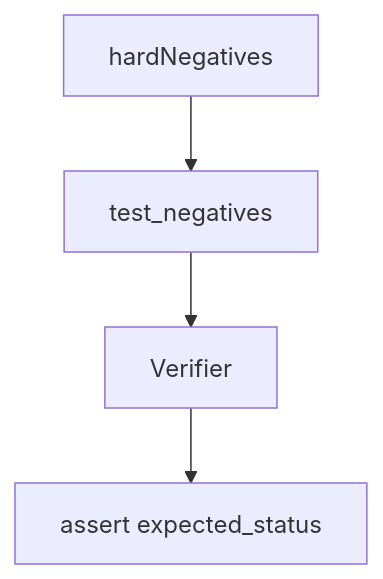
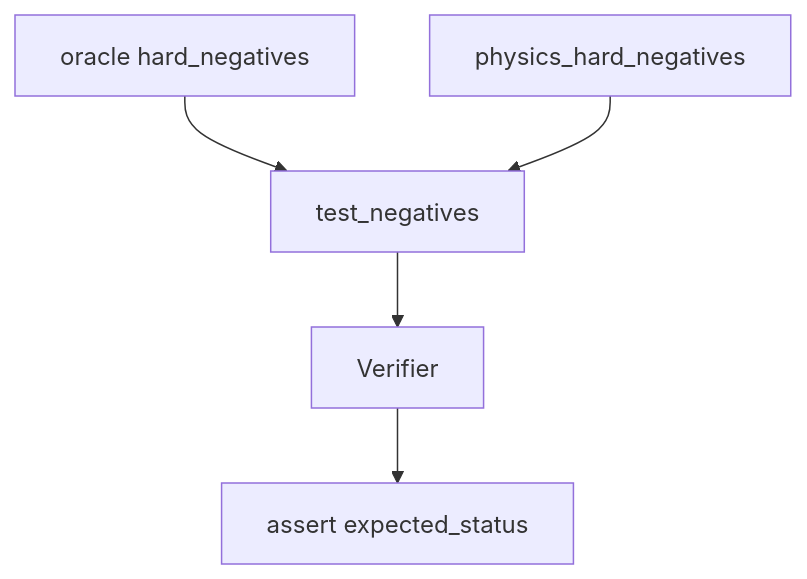
Before and after one commit to witzbeck/mtg-loop-engine: the diagram in tests/hard_negatives/README.md, drawn with Mermaid. The commit also changed other lines of this file and 75 other files, not shown here.

````diff
--- a/tests/hard_negatives/README.md
+++ b/tests/hard_negatives/README.md
@@ -11,6 +11,7 @@
 ```mermaid
 graph TB;
-  corpus[hardNegatives] --> suite[test_negatives];
+  oracleHN[oracle hard_negatives] --> suite[test_negatives];
+  physHN[physics_hard_negatives] --> suite;
   suite --> verifier[Verifier];
   verifier --> assert[assert expected_status];
 ```
````
